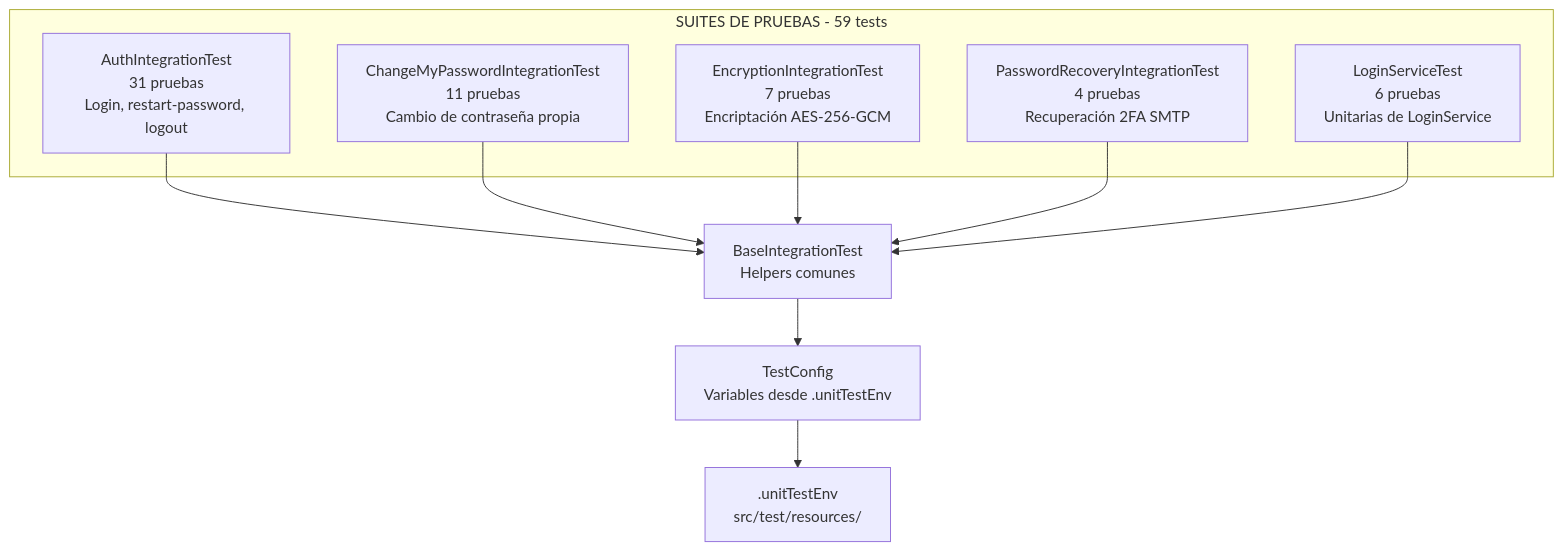
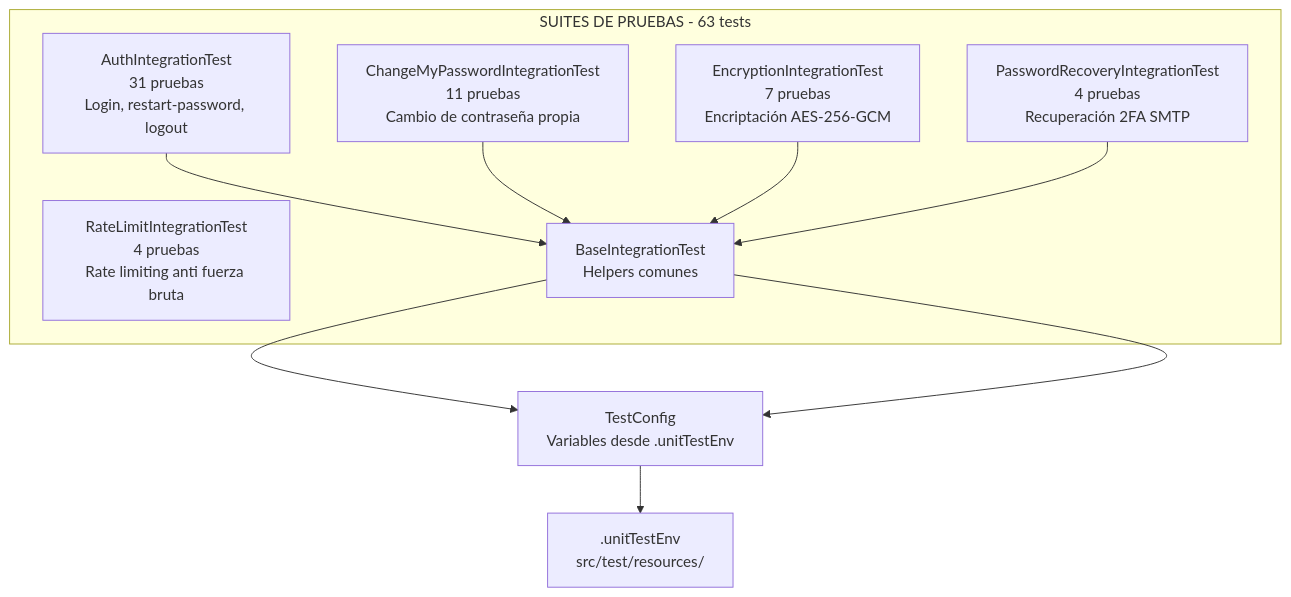
The tenth of 10 diagrams in README.md (42mrnobody42-alt/investment-tracker), drawn with Mermaid before and after one commit. The commit also changed other lines of this file, not shown here.

Commit message:
docs: actualizar README con Rate Limiting y 63 pruebas
- Seguridad: Rate Limiting documentado
- Total de pruebas: 63
- Nueva suite: RateLimitIntegrationTest (4 pruebas)
- AuthIntegrationTest: 28 pruebas (logout combinado)

````diff
--- a/README.md
+++ b/README.md
@@ -466,19 +466,20 @@
 ```mermaid
 graph TB
-    subgraph "SUITES DE PRUEBAS - 59 tests"
+    subgraph "SUITES DE PRUEBAS - 63 tests"
         A["AuthIntegrationTest<br/>31 pruebas<br/>Login, restart-password, logout"]
         B["ChangeMyPasswordIntegrationTest<br/>11 pruebas<br/>Cambio de contraseña propia"]
         C["EncryptionIntegrationTest<br/>7 pruebas<br/>Encriptación AES-256-GCM"]
         D["PasswordRecoveryIntegrationTest<br/>4 pruebas<br/>Recuperación 2FA SMTP"]
-        E["LoginServiceTest<br/>6 pruebas<br/>Unitarias de LoginService"]
+        E["RateLimitIntegrationTest<br/>4 pruebas<br/>Rate limiting anti fuerza bruta"]
+        F["LoginServiceTest<br/>6 pruebas<br/>Unitarias de LoginService"]
     end
 
     A --> F["BaseIntegrationTest<br/>Helpers comunes"]
     B --> F
     C --> F
     D --> F
-    E --> F
+    F --> G
 
     F --> G["TestConfig<br/>Variables desde .unitTestEnv"]
     G --> H[".unitTestEnv<br/>src/test/resources/"]
 ```
````
